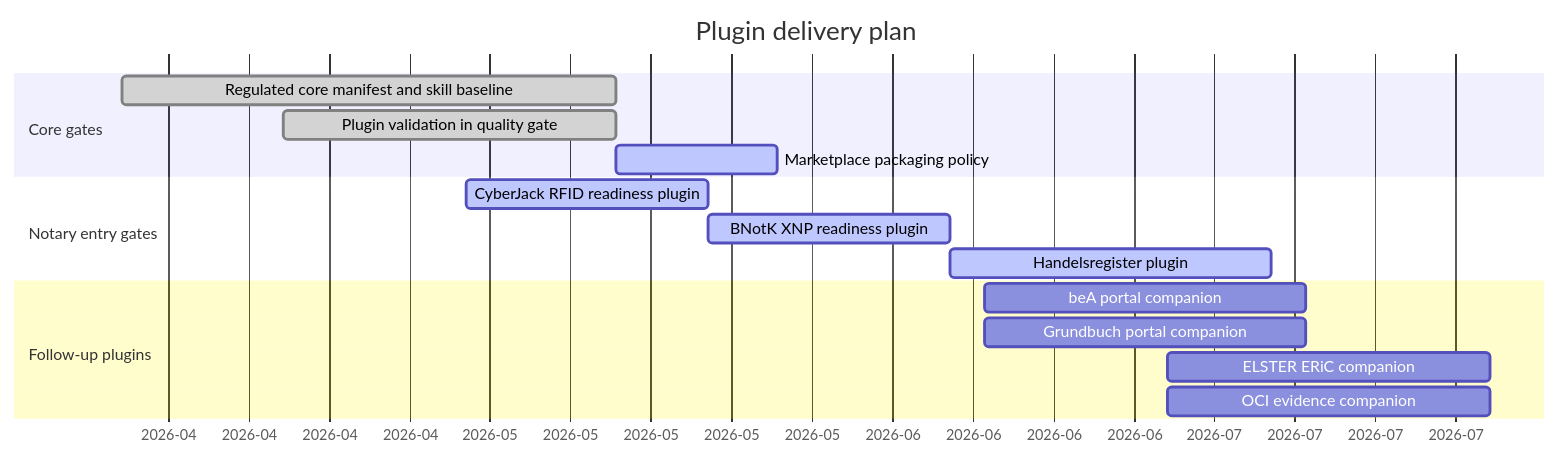
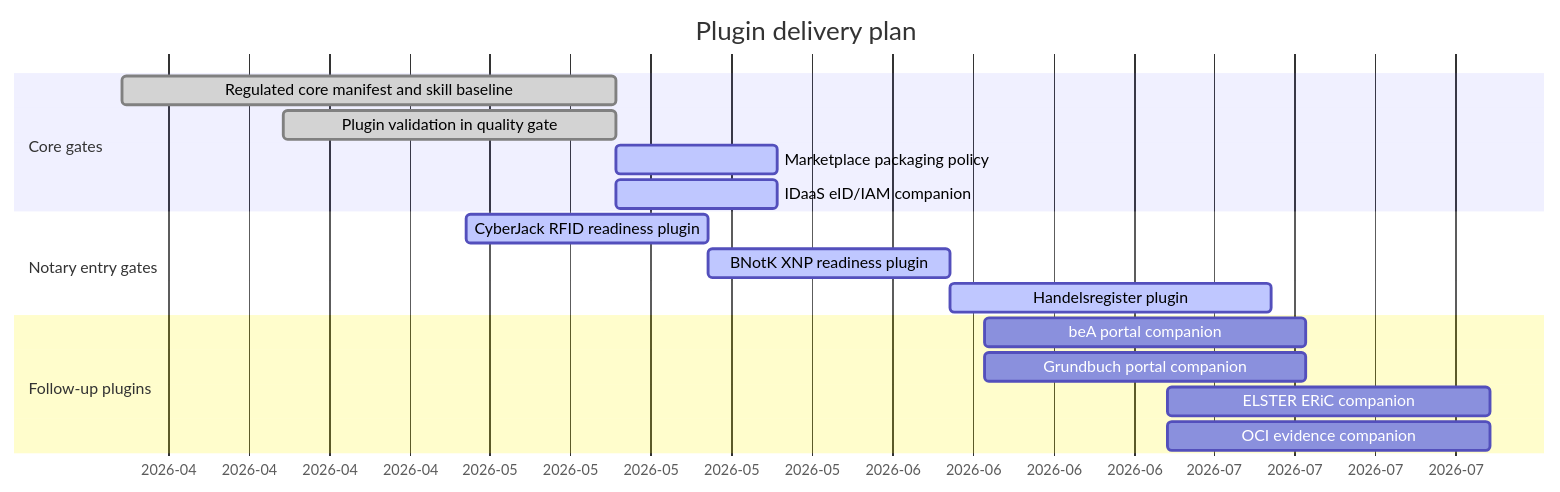
The diagram in plugins/GANTT.md (notariat8/NaC), drawn with Mermaid before and after one commit. The commit also changed other lines of this file and 18 other files, not shown here.

Commit message:
Migrate IDaaS as NoC plugin

````diff
--- a/plugins/GANTT.md
+++ b/plugins/GANTT.md
@@ -5,22 +5,23 @@
 ```mermaid
 gantt
     title Plugin delivery plan
     dateFormat  YYYY-MM-DD
     axisFormat  %Y-%m
 
     section Core gates
     Regulated core manifest and skill baseline :done,   p1, 2026-04-01, 2026-05-14
     Plugin validation in quality gate          :done,   p2, 2026-04-15, 2026-05-14
     Marketplace packaging policy               :active, p3, 2026-05-14, 14d
+    IDaaS eID/IAM companion                    :active, p4, 2026-05-14, 14d
 
     section Notary entry gates
-    CyberJack RFID readiness plugin            :active, p4, 2026-05-01, 21d
-    BNotK XNP readiness plugin                 :active, p5, after p4, 21d
-    Handelsregister plugin                     :active, p6, after p5, 28d
+    CyberJack RFID readiness plugin            :active, p5, 2026-05-01, 21d
+    BNotK XNP readiness plugin                 :active, p6, after p5, 21d
+    Handelsregister plugin                     :active, p7, after p6, 28d
 
     section Follow-up plugins
-    beA portal companion                       :        p7, 2026-06-15, 28d
-    Grundbuch portal companion                 :        p8, 2026-06-15, 28d
-    ELSTER ERiC companion                      :        p9, 2026-07-01, 28d
-    OCI evidence companion                     :        p10, 2026-07-01, 28d
+    beA portal companion                       :        p8, 2026-06-15, 28d
+    Grundbuch portal companion                 :        p9, 2026-06-15, 28d
+    ELSTER ERiC companion                      :        p10, 2026-07-01, 28d
+    OCI evidence companion                     :        p11, 2026-07-01, 28d
 ```
````
